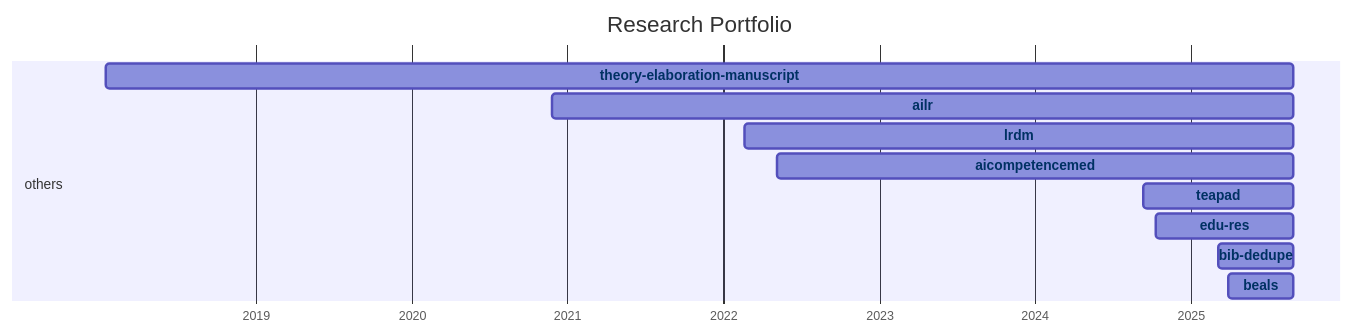
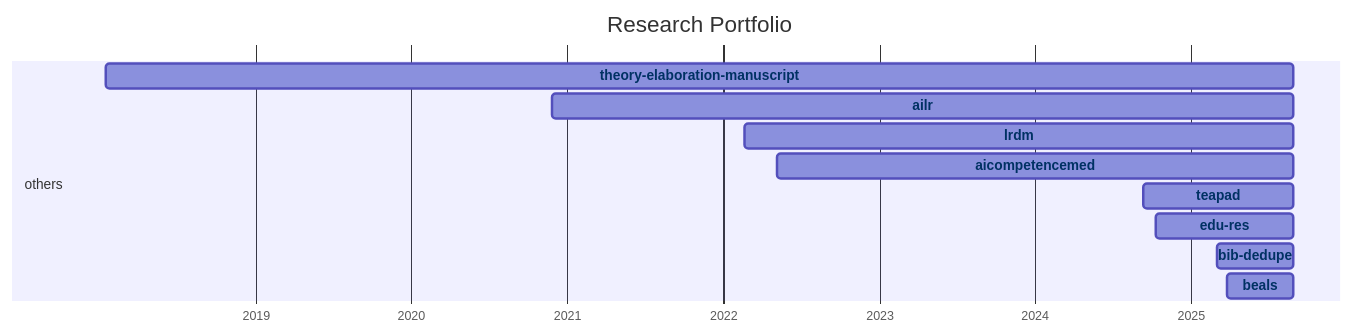
Before and after one commit to digital-work-lab/handbook: the diagram in docs/20-research/25-projects-gantt.md, drawn with Mermaid.

Commit message:
Update repository overview

````diff
--- a/docs/20-research/25-projects-gantt.md
+++ b/docs/20-research/25-projects-gantt.md
@@ -8,35 +8,35 @@
 ```mermaid
 ---
 displayMode: compact
 ---
 gantt
 title Research Portfolio
 dateFormat YYYY-MM-DD
 axisFormat %Y
 
     section work_practices
 
     section distributed_organizing
 
     section knowledge_synthesis
 
     section others
-        beals :beals, 2025-03-28, 2025-08-28
-        bib-dedupe :bib-dedupe, 2025-03-04, 2025-08-28
-        edu-res :edu-res, 2024-10-10, 2025-08-28
-        teapad :teapad, 2024-09-10, 2025-08-28
-        aicompetencemed :aicompetencemed, 2022-05-06, 2025-08-28
-        lrdm :lrdm, 2022-02-20, 2025-08-28
-        ailr :ailr, 2020-11-26, 2025-08-28
-        theory-elaboration-manuscript :theory-elaboration-manuscript, 2018-01-15, 2025-08-28
+        beals :beals, 2025-03-28, 2025-08-29
+        bib-dedupe :bib-dedupe, 2025-03-04, 2025-08-29
+        edu-res :edu-res, 2024-10-10, 2025-08-29
+        teapad :teapad, 2024-09-10, 2025-08-29
+        aicompetencemed :aicompetencemed, 2022-05-06, 2025-08-29
+        lrdm :lrdm, 2022-02-20, 2025-08-29
+        ailr :ailr, 2020-11-26, 2025-08-29
+        theory-elaboration-manuscript :theory-elaboration-manuscript, 2018-01-15, 2025-08-29
 
 
     click beals href "{{ site.baseurl }}/docs/10-lab/18-resources/beals.html"
     click bib-dedupe href "{{ site.baseurl }}/docs/10-lab/18-resources/bib-dedupe.html"
     click edu-res href "{{ site.baseurl }}/docs/10-lab/18-resources/edu-res.html"
     click teapad href "{{ site.baseurl }}/docs/10-lab/18-resources/teapad.html"
     click aicompetencemed href "{{ site.baseurl }}/docs/10-lab/18-resources/aicompetencemed.html"
     click lrdm href "{{ site.baseurl }}/docs/10-lab/18-resources/lrdm.html"
     click ailr href "{{ site.baseurl }}/docs/10-lab/18-resources/ailr.html"
     click theory-elaboration-manuscript href "{{ site.baseurl }}/docs/10-lab/18-resources/theory-elaboration-manuscript.html"
 ```
````
